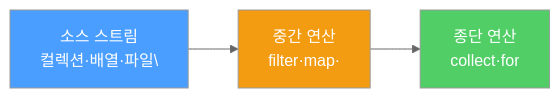
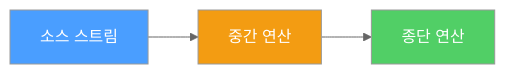
Before and after one commit to yjkim2015/yjkim2015.github.io: the first of 3 diagrams in _posts/java/2022-01-22-effective-java45.md, drawn with Mermaid (neutral theme). The commit also changed other lines of this file and 217 other files, not shown here.

First line of the commit message:
Mermaid 크기 수정: useMaxWidth:true + SVG max-width:100% + 라벨 축소

````diff
--- a/_posts/java/2022-01-22-effective-java45.md
+++ b/_posts/java/2022-01-22-effective-java45.md
@@ -18,8 +18,8 @@
 ```mermaid
 graph LR
-    A["소스 스트림\n컬렉션·배열·파일\"] --> B["중간 연산\nfilter·map·"]
-    B --> C["종단 연산\ncollect·for"]
+    A["소스 스트림"] --> B["중간 연산"]
+    B --> C["종단 연산"]
     style A fill:#4a9eff,color:#fff
     style B fill:#f39c12,color:#fff
     style C fill:#51cf66,color:#fff
 ```
````
